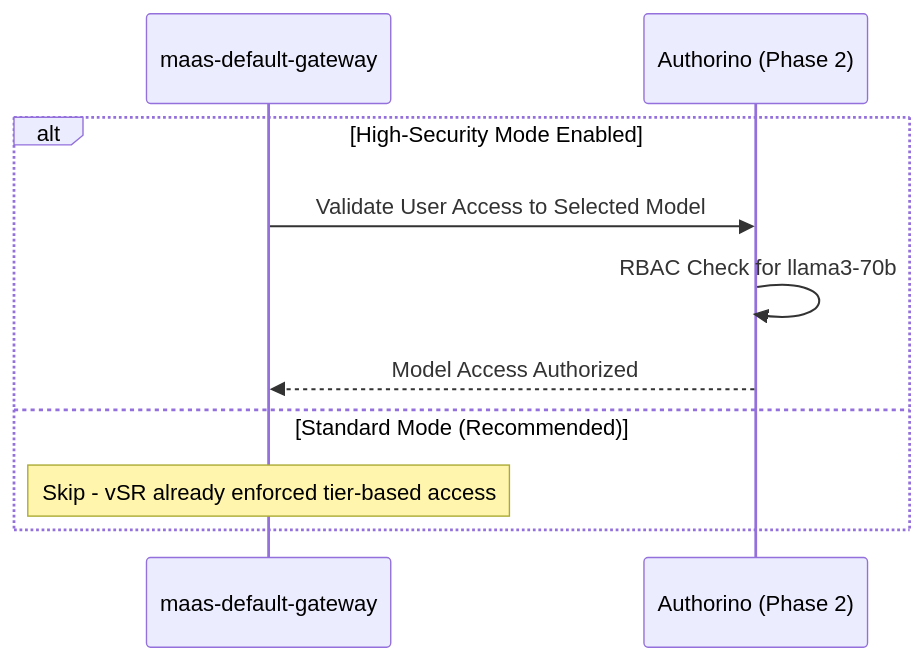
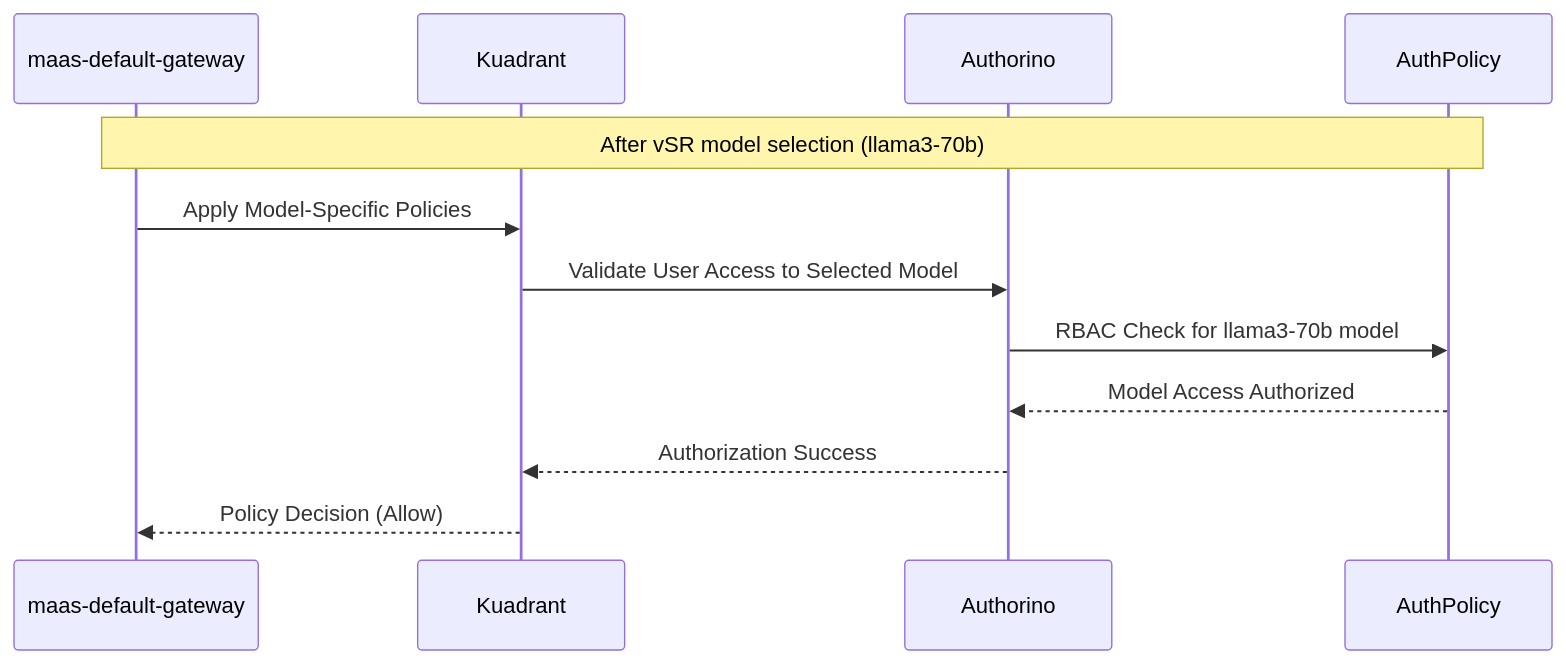
One commit to noyitz/maas-billing changed diagram 11 of 13 in docs/designs/vSR-Integration/README.md. Above: the diagram before and after it, drawn with Mermaid. The commit also changed other lines of this file, not shown here.

First line of the commit message:
Align phases with actual MaaS architecture and Kuadrant flow

````diff
--- a/docs/designs/vSR-Integration/README.md
+++ b/docs/designs/vSR-Integration/README.md
@@ -427,13 +433,15 @@
 ```mermaid
 sequenceDiagram
     participant Gateway as maas-default-gateway
-    participant Authorino as Authorino (Phase 2)
+    participant Kuadrant
+    participant Authorino
+    participant AuthPolicy
     
-    alt High-Security Mode Enabled
-        Gateway->>Authorino: Validate User Access to Selected Model
-        Authorino->>Authorino: RBAC Check for llama3-70b
-        Authorino-->>Gateway: Model Access Authorized
-    else Standard Mode (Recommended)
-        Note over Gateway: Skip - vSR already enforced tier-based access
-    end
+    Note over Gateway,AuthPolicy: After vSR model selection (llama3-70b)
+    Gateway->>Kuadrant: Apply Model-Specific Policies
+    Kuadrant->>Authorino: Validate User Access to Selected Model
+    Authorino->>AuthPolicy: RBAC Check for llama3-70b model
+    AuthPolicy-->>Authorino: Model Access Authorized
+    Authorino-->>Kuadrant: Authorization Success
+    Kuadrant-->>Gateway: Policy Decision (Allow)
 ```
````
